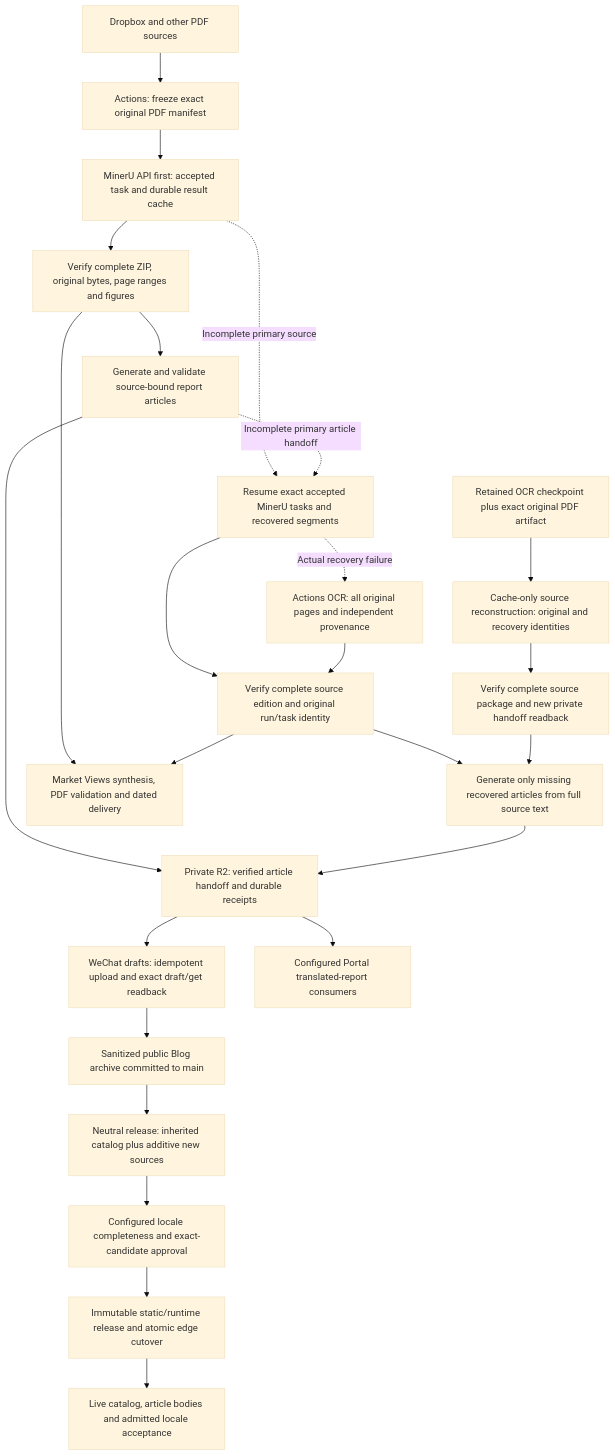
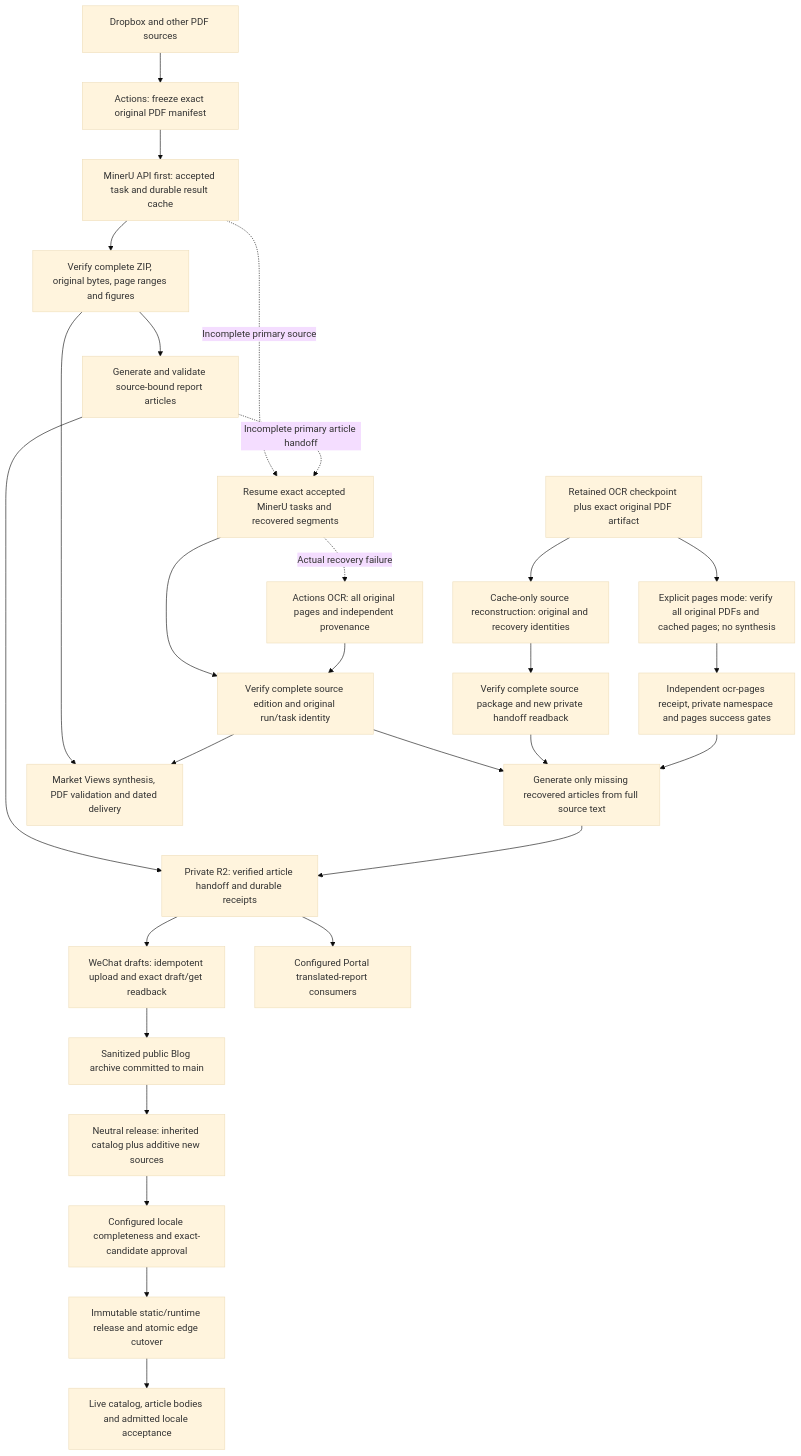
One commit to yt-feng/rpt_edit changed the diagram in docs/pipeline-overview-v2.md. Above: the diagram before and after it, drawn with Mermaid (base theme). The commit also changed other lines of this file and 12 other files, not shown here.

````diff
--- a/docs/pipeline-overview-v2.md
+++ b/docs/pipeline-overview-v2.md
@@ -23,27 +23,30 @@
 ```mermaid
 flowchart TD
   A["Dropbox and other PDF sources"] --> B["Actions: freeze exact original PDF manifest"]
   B --> C["MinerU API first: accepted task and durable result cache"]
   C --> D["Verify complete ZIP, original bytes, page ranges and figures"]
   D --> E["Generate and validate source-bound report articles"]
   C -. "Incomplete primary source" .-> R["Resume exact accepted MinerU tasks and recovered segments"]
   E -. "Incomplete primary article handoff" .-> R
   R --> V["Verify complete source edition and original run/task identity"]
   R -. "Actual recovery failure" .-> O["Actions OCR: all original pages and independent provenance"]
   O --> V
   V --> Q["Generate only missing recovered articles from full source text"]
   OC["Retained OCR checkpoint plus exact original PDF artifact"] --> CR["Cache-only source reconstruction: original and recovery identities"]
   CR --> CG["Verify complete source package and new private handoff readback"]
   CG --> Q
+  OC --> CP["Explicit pages mode: verify all original PDFs and cached pages; no synthesis"]
+  CP --> PG["Independent ocr-pages receipt, private namespace and pages success gates"]
+  PG --> Q
   E --> F["Private R2: verified article handoff and durable receipts"]
   Q --> F
   F --> W["WeChat drafts: idempotent upload and exact draft/get readback"]
   F --> T["Configured Portal translated-report consumers"]
   W --> H["Sanitized public Blog archive committed to main"]
   D --> M["Market Views synthesis, PDF validation and dated delivery"]
   V --> M
   H --> N["Neutral release: inherited catalog plus additive new sources"]
   N --> L["Configured locale completeness and exact-candidate approval"]
   L --> S["Immutable static/runtime release and atomic edge cutover"]
   S --> U["Live catalog, article bodies and admitted locale acceptance"]
 ```
````
